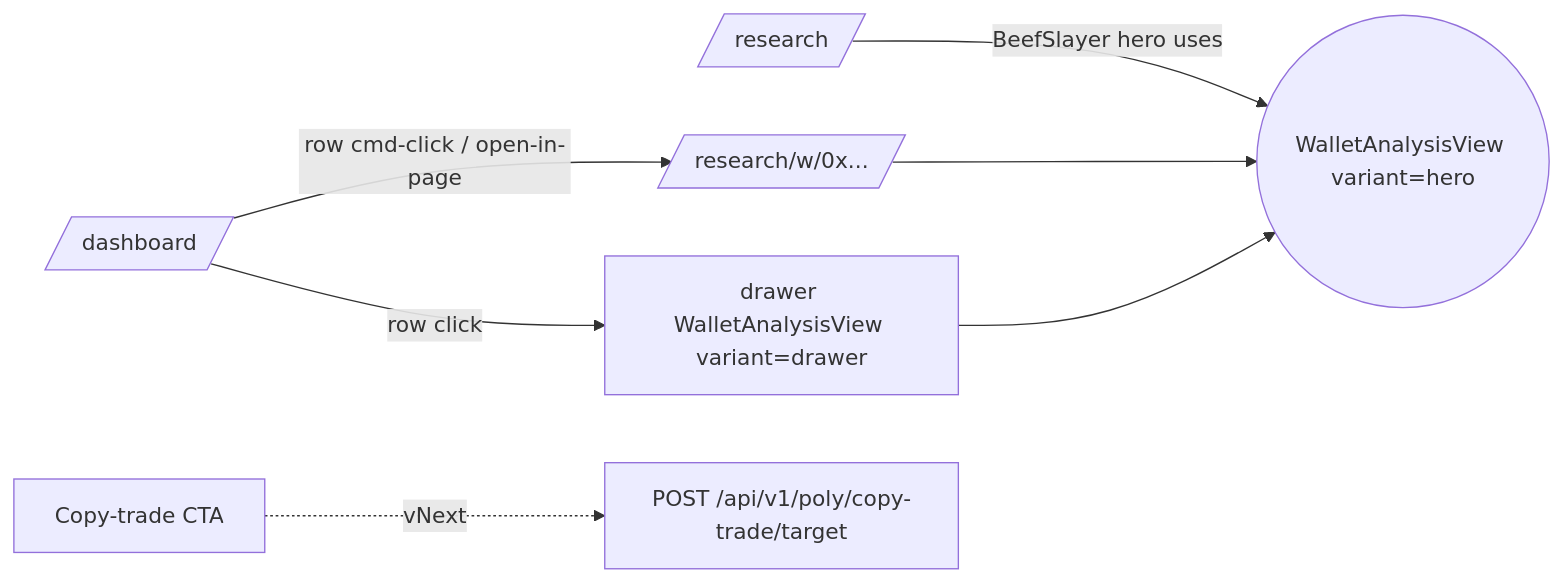
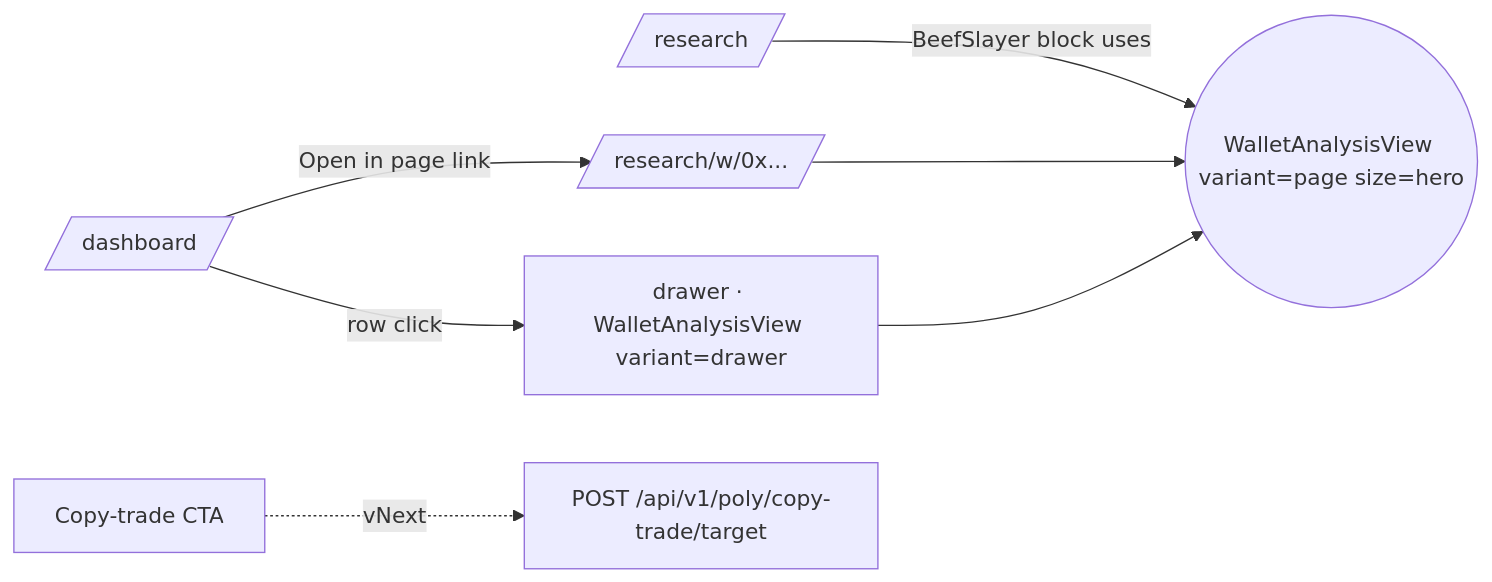
Before and after one commit to Cogni-DAO/node-template: the diagram in docs/design/wallet-analysis-components.md, drawn with Mermaid. The commit also changed other lines of this file and 4 other files, not shown here.

````diff
--- a/docs/design/wallet-analysis-components.md
+++ b/docs/design/wallet-analysis-components.md
@@ -97,9 +96,9 @@
 ```mermaid
 flowchart LR
-  DB[/dashboard/] -- row click --> DR[drawer WalletAnalysisView variant=drawer]
-  DB -- row cmd-click / open-in-page --> WP[/research/w/0x.../]
-  RS[/research/] -- BeefSlayer hero uses --> WA((WalletAnalysisView variant=hero))
+  DB[/dashboard/] -- row click --> DR[drawer · WalletAnalysisView variant=drawer]
+  DB -- "Open in page" link --> WP[/research/w/0x.../]
+  RS[/research/] -- BeefSlayer block uses --> WA((WalletAnalysisView variant=page size=hero))
   WP --> WA
   DR --> WA
   CTA[Copy-trade CTA] -.vNext.-> PUT[POST /api/v1/poly/copy-trade/target]
 ```
````
